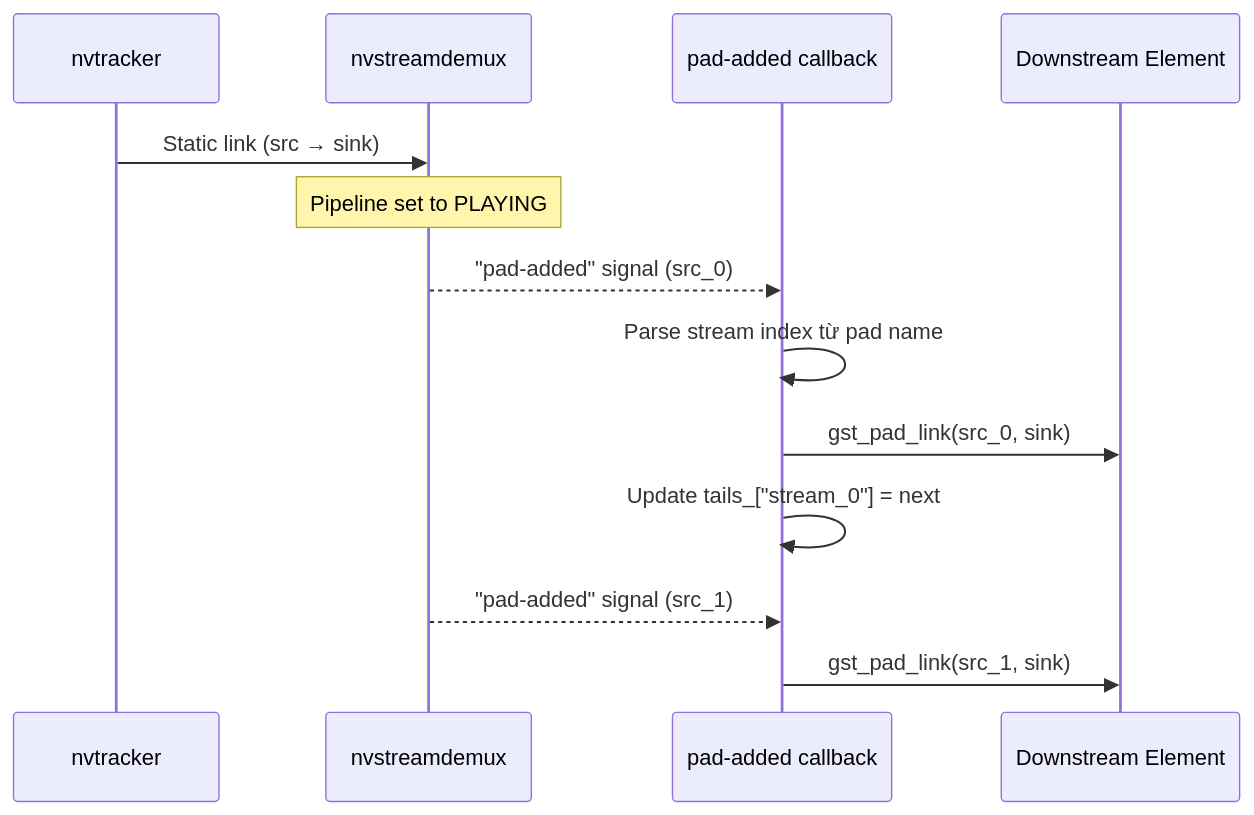
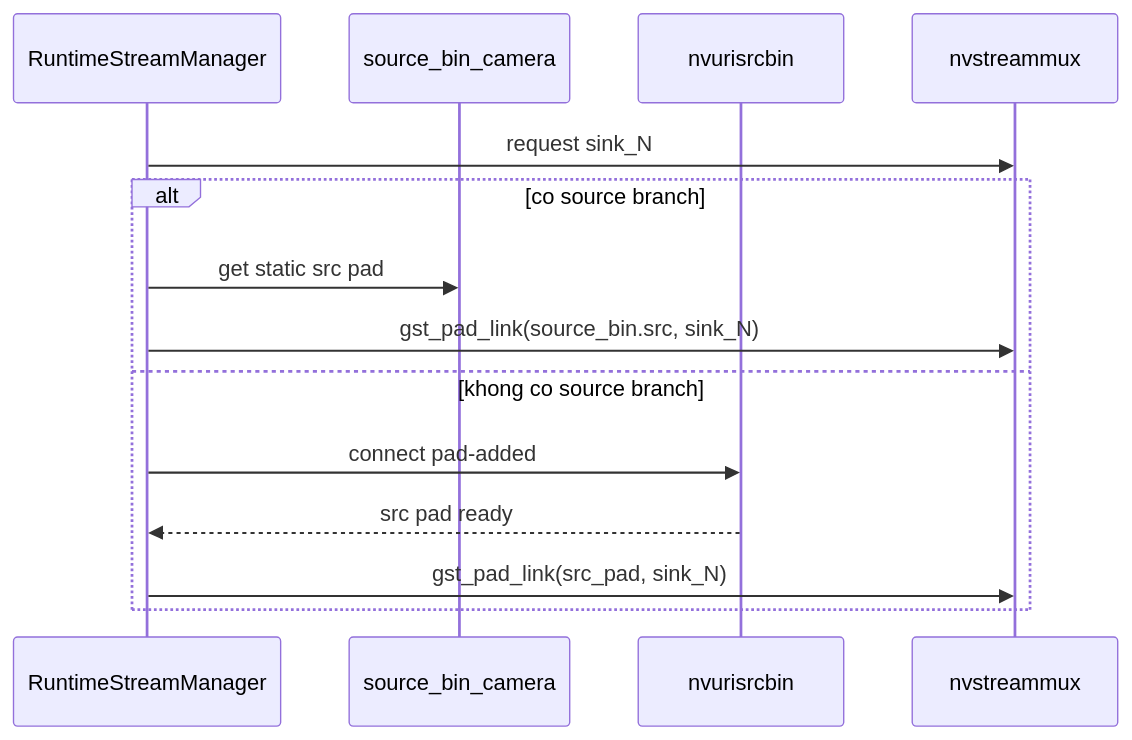
Before and after one commit to nam278/vms-engine: the fifth of 6 diagrams in docs/architecture/deepstream/04_linking_system.md, drawn with Mermaid. The commit also changed other lines of this file and 2 other files, not shown here.

First line of the commit message:
Update linking system documentation and pipeline builder phase description

````diff
--- a/docs/architecture/deepstream/04_linking_system.md
+++ b/docs/architecture/deepstream/04_linking_system.md
@@ -79,16 +153,17 @@
 ```mermaid
 sequenceDiagram
-    participant T as nvtracker
-    participant D as nvstreamdemux
-    participant CB as pad-added callback
-    participant N as Downstream Element
+    participant RM as RuntimeStreamManager
+    participant SB as source_bin_camera
+    participant SRC as nvurisrcbin
+    participant MUX as nvstreammux
 
-    T->>D: Static link (src → sink)
-    Note over D: Pipeline set to PLAYING
-    D-->>CB: "pad-added" signal (src_0)
-    CB->>CB: Parse stream index từ pad name
-    CB->>N: gst_pad_link(src_0, sink)
-    CB->>CB: Update tails_["stream_0"] = next
-    D-->>CB: "pad-added" signal (src_1)
-    CB->>N: gst_pad_link(src_1, sink)
+    RM->>MUX: request sink_N
+    alt co source branch
+        RM->>SB: get static src pad
+        RM->>MUX: gst_pad_link(source_bin.src, sink_N)
+    else khong co source branch
+        RM->>SRC: connect pad-added
+        SRC-->>RM: src pad ready
+        RM->>MUX: gst_pad_link(src_pad, sink_N)
+    end
 ```
````
